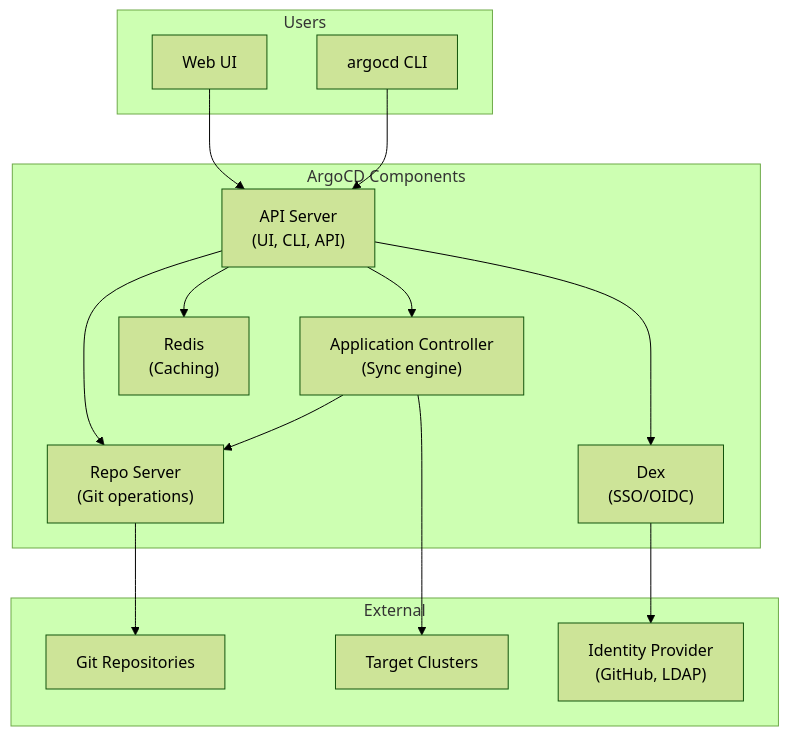
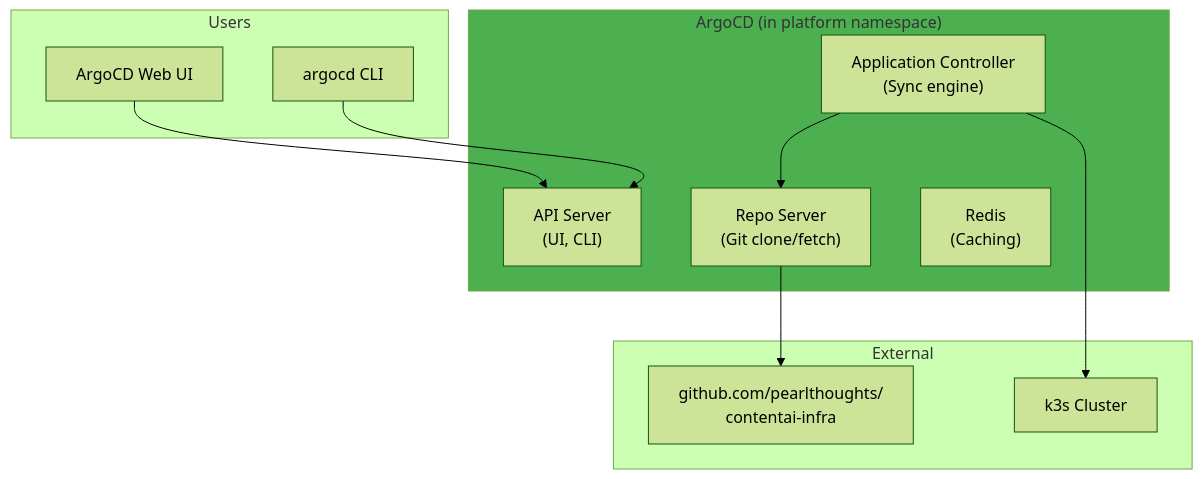
The fourth of 10 diagrams in DevOps/02-Engineering/05-GitOps.md (PearlThoughtsInternship/Internship-Obsidian-Vault), drawn with Mermaid (forest theme) before and after one commit. The commit also changed other lines of this file and 1 other file, not shown here.

First line of the commit message:
docs: Container orchestration & GitOps with ContentAI product context

````diff
--- a/DevOps/02-Engineering/05-GitOps.md
+++ b/DevOps/02-Engineering/05-GitOps.md
@@ -85,32 +119,27 @@
 ```mermaid
 flowchart TB
-    subgraph ArgoCD["ArgoCD Components"]
-        API["API Server\n(UI, CLI, API)"]
-        Repo["Repo Server\n(Git operations)"]
+    subgraph ArgoCD["ArgoCD (in platform namespace)"]
+        API["API Server\n(UI, CLI)"]
+        Repo["Repo Server\n(Git clone/fetch)"]
         Controller["Application Controller\n(Sync engine)"]
         Redis["Redis\n(Caching)"]
-        Dex["Dex\n(SSO/OIDC)"]
     end
 
     subgraph External["External"]
-        Git["Git Repositories"]
-        K8S["Target Clusters"]
-        IDP["Identity Provider\n(GitHub, LDAP)"]
+        Git["github.com/pearlthoughts/\ncontentai-infra"]
+        K8S["k3s Cluster"]
     end
 
     subgraph Users["Users"]
-        UI["Web UI"]
+        UI["ArgoCD Web UI"]
         CLI["argocd CLI"]
     end
 
     UI --> API
     CLI --> API
-    API --> Repo
-    API --> Controller
-    API --> Redis
-    API --> Dex
-    Dex --> IDP
     Repo --> Git
     Controller --> K8S
     Controller --> Repo
+
+    style ArgoCD fill:#4CAF50
 ```
````
